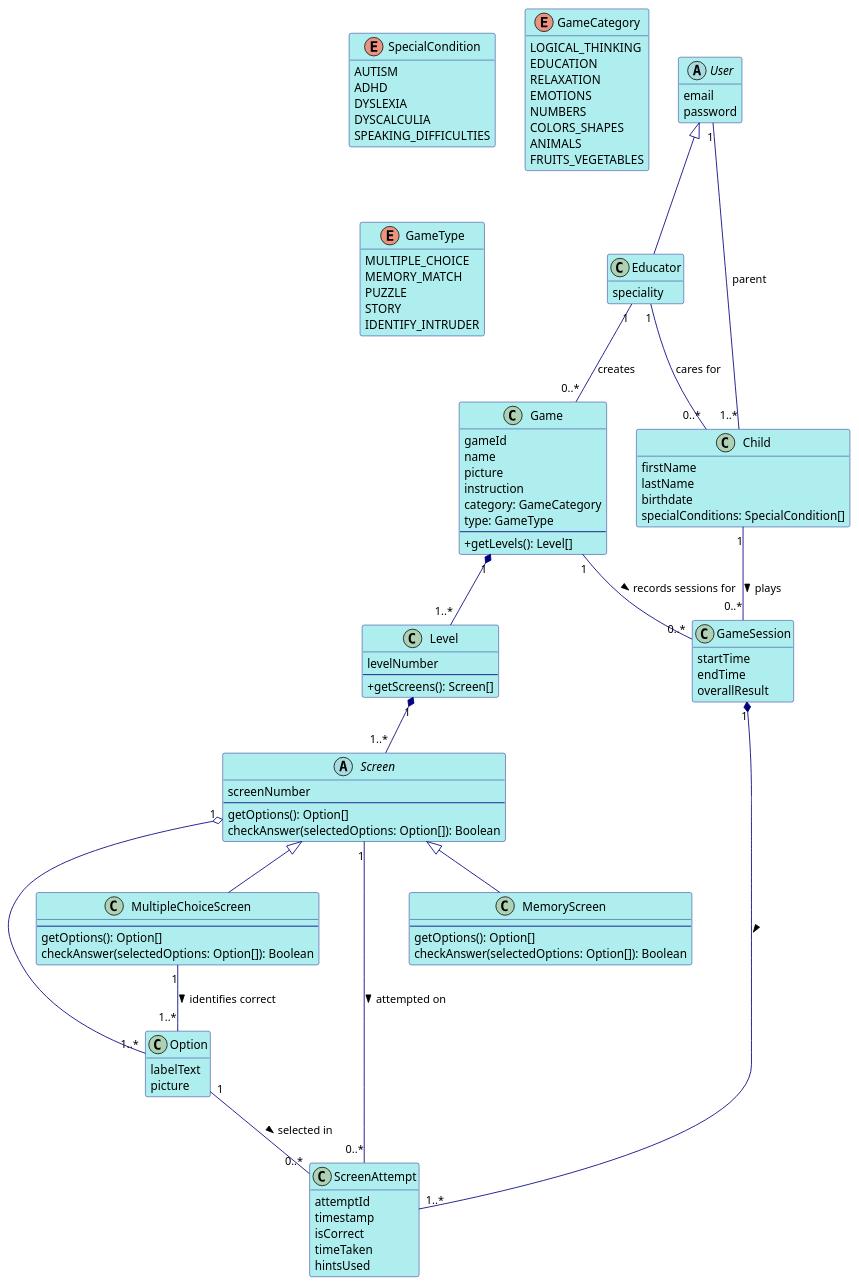
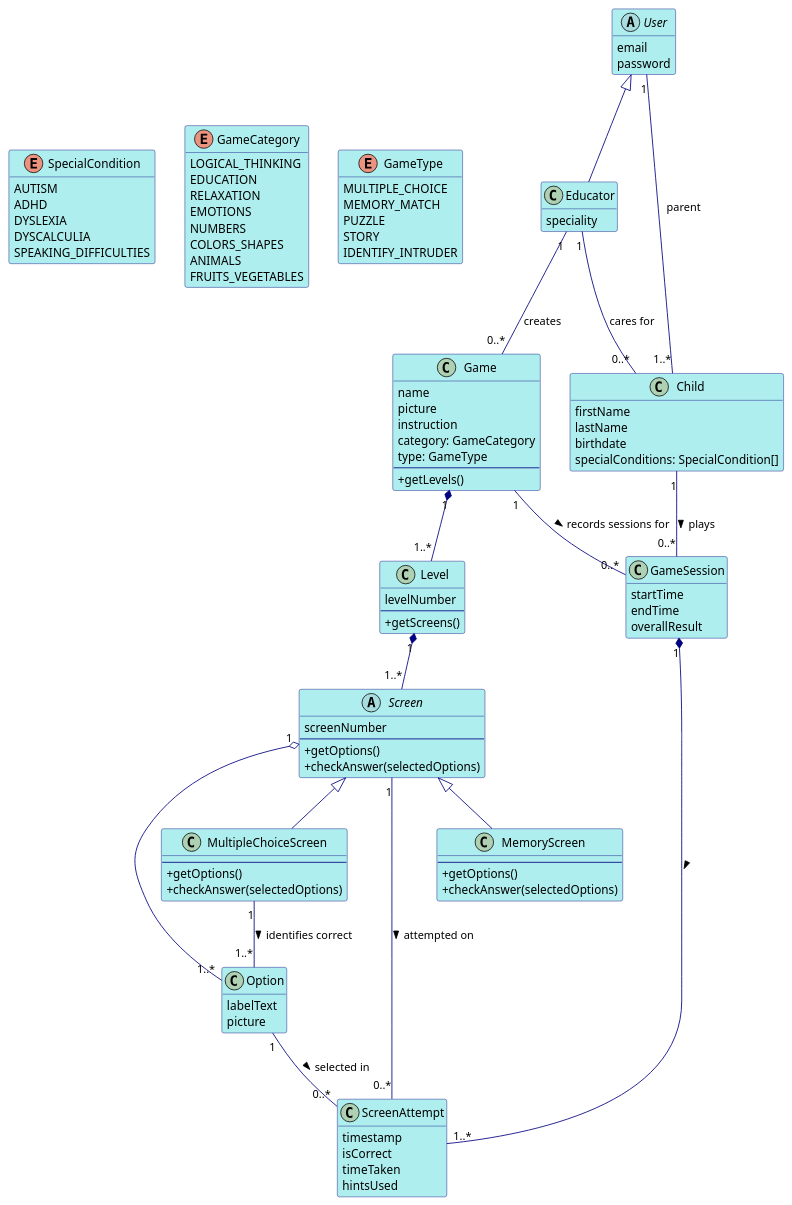
One commit to YounesMakhlouf/PFA changed the diagram in docs/domain_model.puml. Above: the diagram before and after it, drawn with PlantUML.

Commit message:
improve layout

```diff
--- a/docs/domain_model.puml
+++ b/docs/domain_model.puml
@@ -1,150 +1,159 @@
 @startuml
 ' Basic styling for clarity
+top to bottom direction
 skinparam classAttributeIconSize 0
 hide empty members
 skinparam shadowing false
 skinparam defaultFontName Segoe UI
 skinparam class {
     BackgroundColor PaleTurquoise
     ArrowColor Navy
     BorderColor Navy
 }
 skinparam enum {
     BackgroundColor LightYellow
     ArrowColor Olive
     BorderColor Olive
 }
 skinparam abstract {
     BackgroundColor LightGray
 }
 skinparam note {
     BackgroundColor LightGrey
     BorderColor Grey
 }
 
+' --- Anchors to position layout manually ---
+class _EnumAnchor <<layout>>
+class _GameAnchor <<layout>>
+class _ProgressAnchor <<layout>>
+hide  _EnumAnchor
+hide  _GameAnchor
+hide  _ProgressAnchor
+hide _GameCategory
+hide _GameType
+hide _SpecialCondition
+
 ' --- Enumerations ---
+_EnumAnchor -down-> SpecialCondition
+_EnumAnchor -down-> GameCategory
+_EnumAnchor -down-> GameType
 
 enum SpecialCondition {
   AUTISM
   ADHD
   DYSLEXIA
   DYSCALCULIA
   SPEAKING_DIFFICULTIES
 }
 
 enum GameCategory {
   LOGICAL_THINKING
   EDUCATION
   RELAXATION
   EMOTIONS
   NUMBERS
   COLORS_SHAPES
   ANIMALS
   FRUITS_VEGETABLES
 }
 
 enum GameType {
   MULTIPLE_CHOICE
   MEMORY_MATCH
   PUZZLE
   STORY
   IDENTIFY_INTRUDER
 }
 
 ' --- User Hierarchy ---
-
 abstract class User {
  email
  password
 }
 
 class Educator extends User {
   speciality
 }
 
-class Child{
+class Child {
   firstName
   lastName
   birthdate
   specialConditions: SpecialCondition[]
 }
 
 ' --- Game Structure ---
-
 class Game {
-  gameId
   name
   picture
   instruction
   category: GameCategory
   type: GameType
   --
-  + getLevels(): Level[]
+  + getLevels()
 }
 
 class Level {
   levelNumber
   --
-  + getScreens(): Screen[]
+  + getScreens()
 }
 
 abstract class Screen {
   screenNumber
   --
-  getOptions(): Option[]
-  checkAnswer(selectedOptions: Option[]): Boolean
+  + getOptions()
+  + checkAnswer(selectedOptions)
 }
 
 class MultipleChoiceScreen extends Screen {
   --
-  getOptions(): Option[]
-  checkAnswer(selectedOptions: Option[]): Boolean
+  + getOptions()
+  + checkAnswer(selectedOptions)
 }
 
 class MemoryScreen extends Screen {
   --
-  getOptions(): Option[]
-  checkAnswer(selectedOptions: Option[]): Boolean
+  +getOptions()
+  +checkAnswer(selectedOptions)
 }
 
 class Option {
   labelText
   picture
 }
 
 ' --- Progress Tracking ---
-
 class GameSession {
   startTime
   endTime
   overallResult
 }
 
 class ScreenAttempt {
-  attemptId
   timestamp
   isCorrect
   timeTaken
   hintsUsed
 }
 
-
 ' --- Relationships ---
 Educator "1" -- "0..*" Game : creates
-Educator "1" -- "0..*"Child : cares for
-User "1" -- "1..*" Child: parent
+Educator "1" -- "0..*" Child : cares for
+User "1" -- "1..*" Child : parent
 
 ' Game Structure Relationships
 Game "1" *-- "1..*" Level
 Level "1" *-- "1..*" Screen
 Screen "1" o-- "1..*" Option
-
 MultipleChoiceScreen "1" -- "1..*" Option : identifies correct >
 
 ' Progress Tracking Relationships
 Child "1" -- "0..*" GameSession : plays >
 Game "1" -- "0..*" GameSession : records sessions for >
 GameSession "1" *-- "1..*" ScreenAttempt : >
 Screen "1" -- "0..*" ScreenAttempt : attempted on >
 Option "1" -- "0..*" ScreenAttempt : selected in >
+
 @enduml
```
